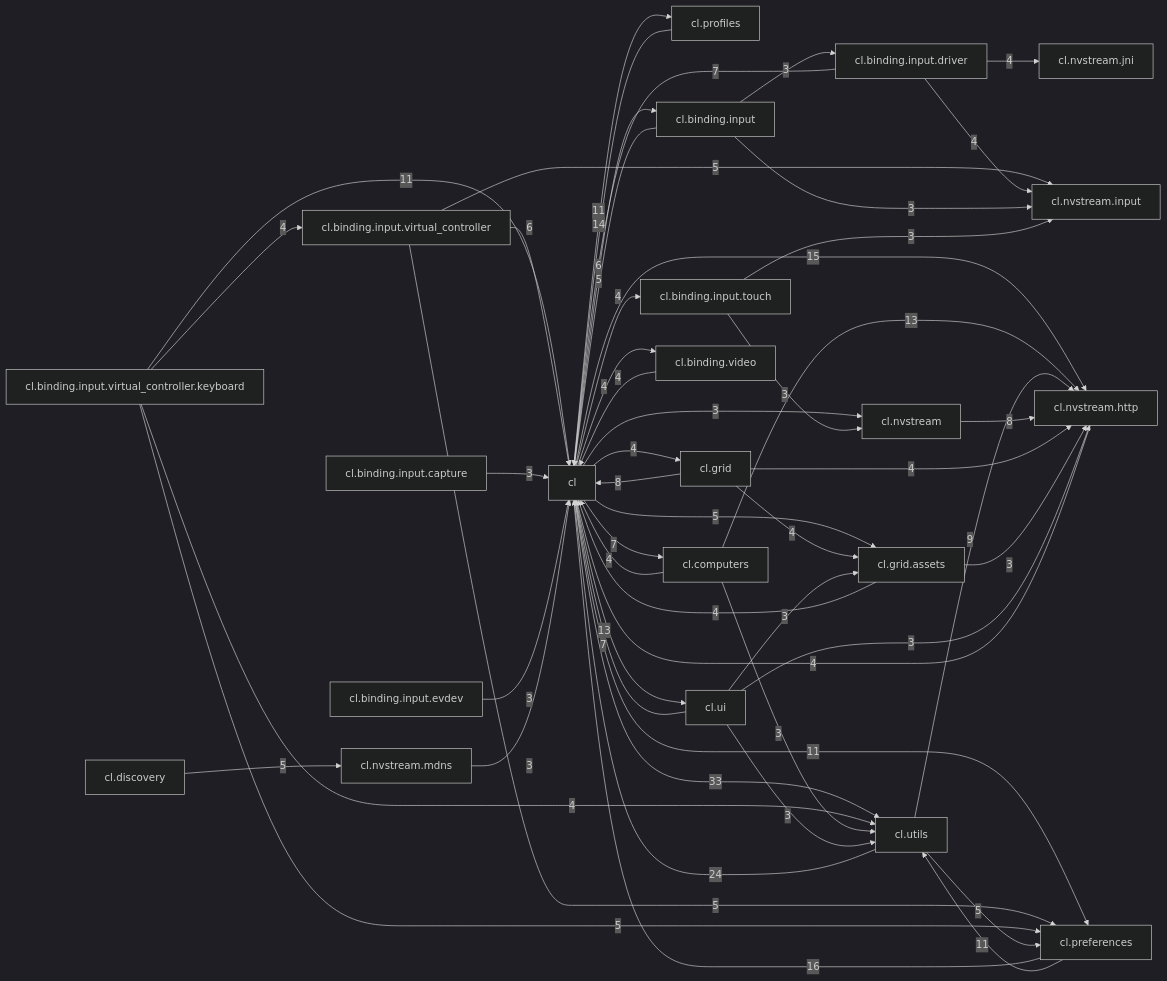
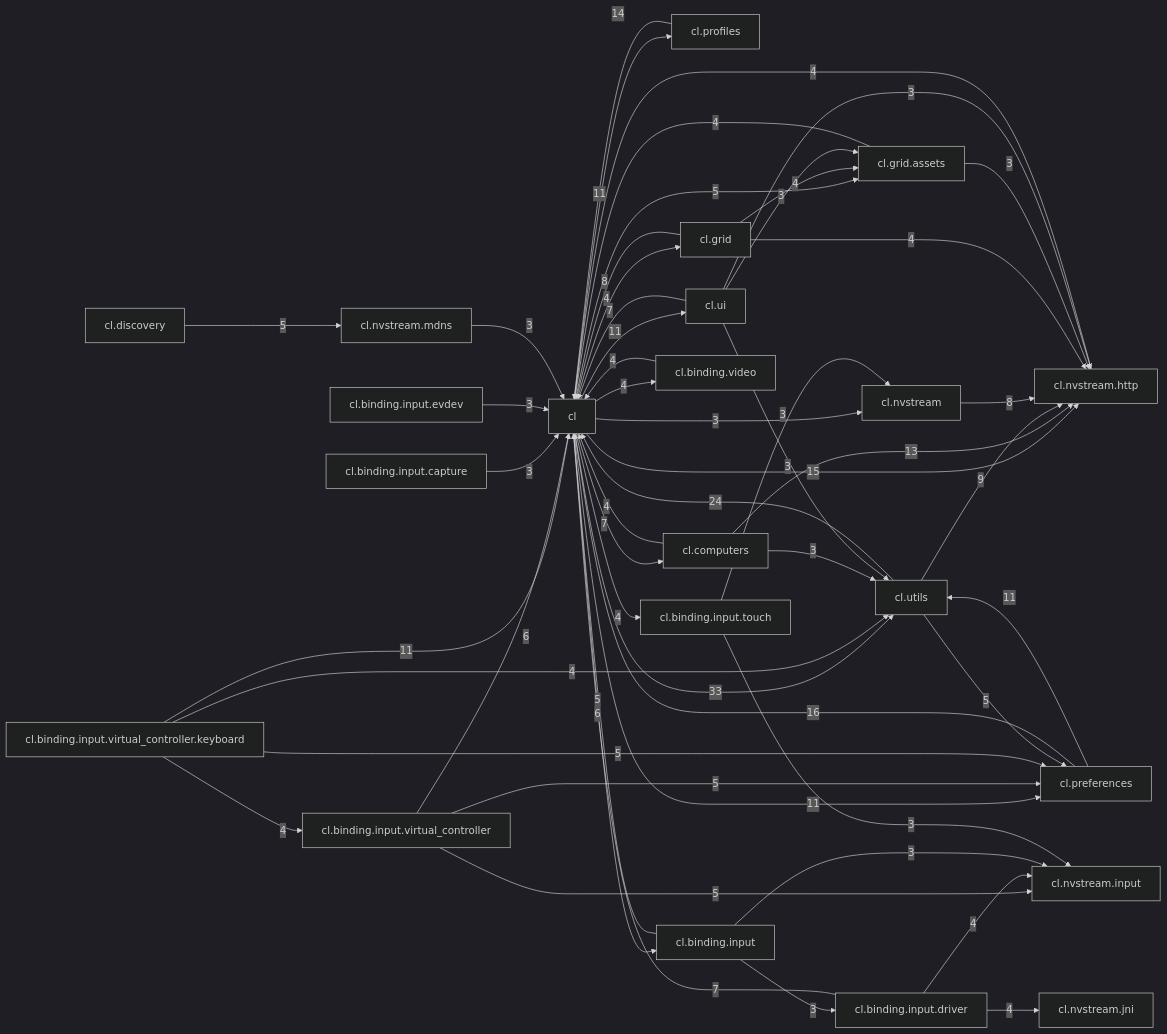
The diagram in docs/maps/DEPENDENCY_GRAPH.md (Rafael-CN/vibe-artemis), drawn with Mermaid (dark theme) before and after one commit. The commit also changed other lines of this file and 4 other files, not shown here.

````diff
--- a/docs/maps/DEPENDENCY_GRAPH.md
+++ b/docs/maps/DEPENDENCY_GRAPH.md
@@ -46,55 +46,55 @@
 ```mermaid
 graph LR
   cl["cl"] -->|33| cl_utils["cl.utils"]
   cl_utils["cl.utils"] -->|24| cl["cl"]
   cl_preferences["cl.preferences"] -->|16| cl["cl"]
   cl["cl"] -->|15| cl_nvstream_http["cl.nvstream.http"]
   cl_profiles["cl.profiles"] -->|14| cl["cl"]
-  cl["cl"] -->|13| cl_ui["cl.ui"]
   cl_computers["cl.computers"] -->|13| cl_nvstream_http["cl.nvstream.http"]
   cl["cl"] -->|11| cl_preferences["cl.preferences"]
   cl["cl"] -->|11| cl_profiles["cl.profiles"]
+  cl["cl"] -->|11| cl_ui["cl.ui"]
   cl_binding_input_virtual_controller_keyboard["cl.binding.input.virtual_controller.keyboard"] -->|11| cl["cl"]
   cl_preferences["cl.preferences"] -->|11| cl_utils["cl.utils"]
   cl_utils["cl.utils"] -->|9| cl_nvstream_http["cl.nvstream.http"]
   cl_grid["cl.grid"] -->|8| cl["cl"]
   cl_nvstream["cl.nvstream"] -->|8| cl_nvstream_http["cl.nvstream.http"]
   cl["cl"] -->|7| cl_computers["cl.computers"]
   cl_binding_input_driver["cl.binding.input.driver"] -->|7| cl["cl"]
   cl_ui["cl.ui"] -->|7| cl["cl"]
   cl["cl"] -->|6| cl_binding_input["cl.binding.input"]
   cl_binding_input_virtual_controller["cl.binding.input.virtual_controller"] -->|6| cl["cl"]
   cl["cl"] -->|5| cl_grid_assets["cl.grid.assets"]
   cl_binding_input["cl.binding.input"] -->|5| cl["cl"]
   cl_binding_input_virtual_controller["cl.binding.input.virtual_controller"] -->|5| cl_preferences["cl.preferences"]
   cl_binding_input_virtual_controller["cl.binding.input.virtual_controller"] -->|5| cl_nvstream_input["cl.nvstream.input"]
   cl_binding_input_virtual_controller_keyboard["cl.binding.input.virtual_controller.keyboard"] -->|5| cl_preferences["cl.preferences"]
   cl_discovery["cl.discovery"] -->|5| cl_nvstream_mdns["cl.nvstream.mdns"]
   cl_utils["cl.utils"] -->|5| cl_preferences["cl.preferences"]
   cl["cl"] -->|4| cl_grid["cl.grid"]
   cl["cl"] -->|4| cl_binding_input_touch["cl.binding.input.touch"]
   cl["cl"] -->|4| cl_binding_video["cl.binding.video"]
   cl_binding_input_driver["cl.binding.input.driver"] -->|4| cl_nvstream_jni["cl.nvstream.jni"]
   cl_binding_input_driver["cl.binding.input.driver"] -->|4| cl_nvstream_input["cl.nvstream.input"]
   cl_binding_input_virtual_controller_keyboard["cl.binding.input.virtual_controller.keyboard"] -->|4| cl_binding_input_virtual_controller["cl.binding.input.virtual_controller"]
   cl_binding_input_virtual_controller_keyboard["cl.binding.input.virtual_controller.keyboard"] -->|4| cl_utils["cl.utils"]
   cl_binding_video["cl.binding.video"] -->|4| cl["cl"]
   cl_computers["cl.computers"] -->|4| cl["cl"]
   cl_grid["cl.grid"] -->|4| cl_nvstream_http["cl.nvstream.http"]
   cl_grid["cl.grid"] -->|4| cl_grid_assets["cl.grid.assets"]
   cl_grid_assets["cl.grid.assets"] -->|4| cl["cl"]
   cl_nvstream_http["cl.nvstream.http"] -->|4| cl["cl"]
   cl["cl"] -->|3| cl_nvstream["cl.nvstream"]
   cl_binding_input["cl.binding.input"] -->|3| cl_binding_input_driver["cl.binding.input.driver"]
   cl_binding_input["cl.binding.input"] -->|3| cl_nvstream_input["cl.nvstream.input"]
   cl_binding_input_capture["cl.binding.input.capture"] -->|3| cl["cl"]
   cl_binding_input_evdev["cl.binding.input.evdev"] -->|3| cl["cl"]
   cl_binding_input_touch["cl.binding.input.touch"] -->|3| cl_nvstream["cl.nvstream"]
   cl_binding_input_touch["cl.binding.input.touch"] -->|3| cl_nvstream_input["cl.nvstream.input"]
   cl_computers["cl.computers"] -->|3| cl_utils["cl.utils"]
   cl_grid_assets["cl.grid.assets"] -->|3| cl_nvstream_http["cl.nvstream.http"]
   cl_nvstream_mdns["cl.nvstream.mdns"] -->|3| cl["cl"]
   cl_ui["cl.ui"] -->|3| cl_utils["cl.utils"]
   cl_ui["cl.ui"] -->|3| cl_grid_assets["cl.grid.assets"]
   cl_ui["cl.ui"] -->|3| cl_nvstream_http["cl.nvstream.http"]
 ```
````
